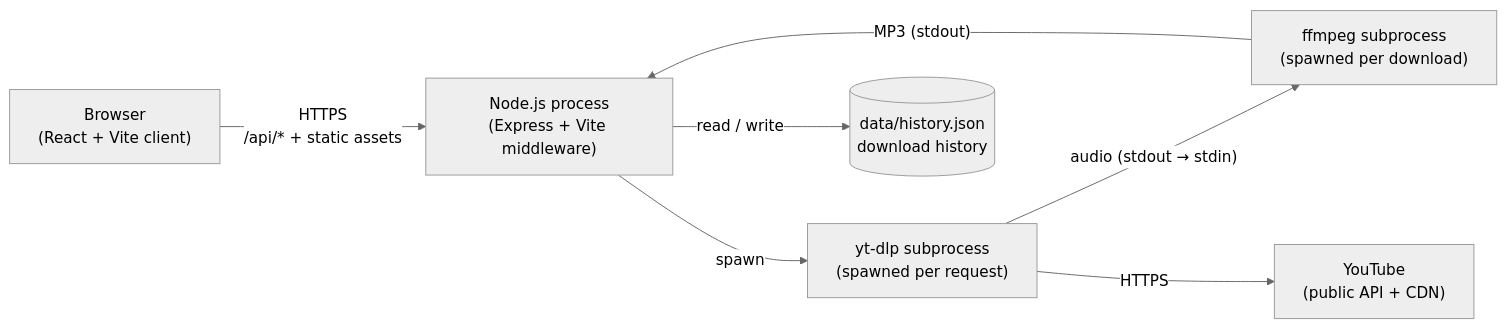
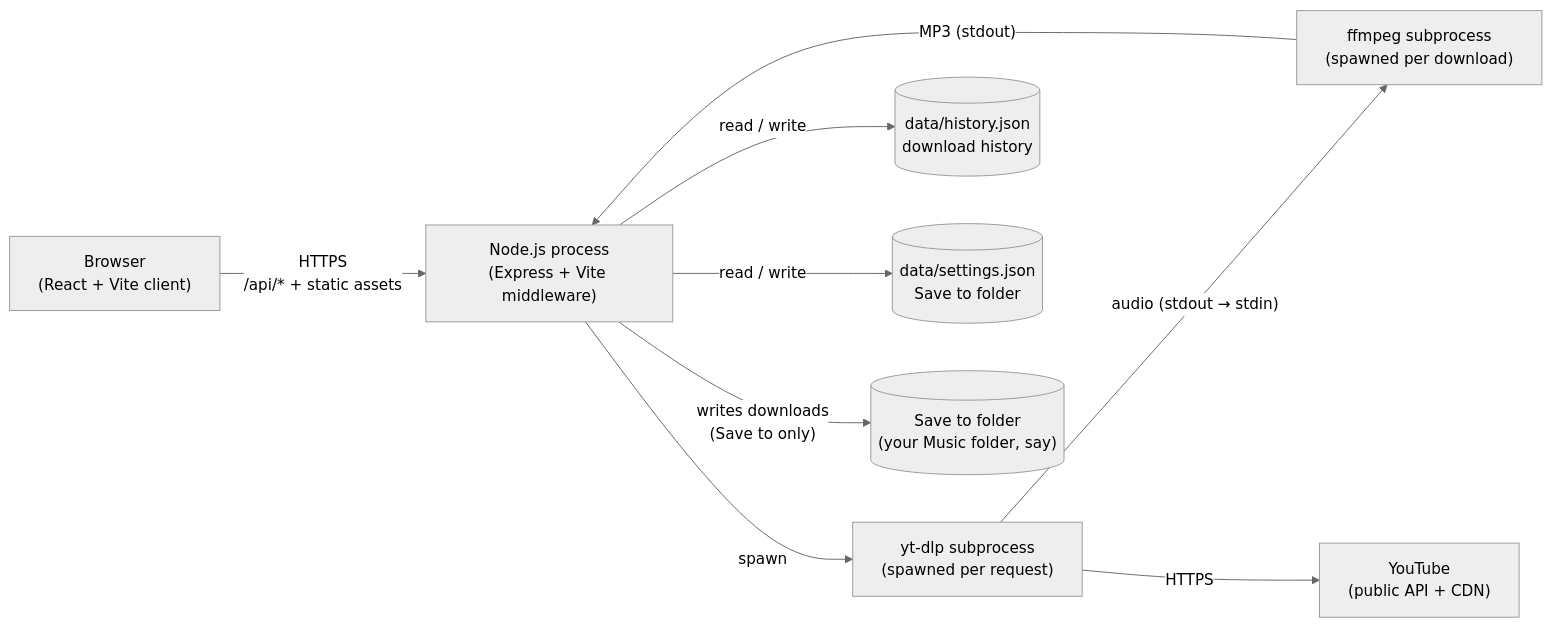
Before and after one commit to ShayanZafar/YTDownload: the first of 6 diagrams in TECHNICAL.md, drawn with Mermaid (neutral theme). The commit also changed other lines of this file and 35 other files, not shown here.

First line of the commit message:
Save to works in every browser: the app saves into the folder itself

````diff
--- a/TECHNICAL.md
+++ b/TECHNICAL.md
@@ -156,16 +172,20 @@
 ```mermaid
 flowchart LR
   Browser["Browser<br/>(React + Vite client)"]
   Node["Node.js process<br/>(Express + Vite middleware)"]
   YtDlp["yt-dlp subprocess<br/>(spawned per request)"]
   Ffmpeg["ffmpeg subprocess<br/>(spawned per download)"]
   YouTube["YouTube<br/>(public API + CDN)"]
   History[("data/history.json<br/>download history")]
+  Settings[("data/settings.json<br/>Save to folder")]
+  Folder[("Save to folder<br/>(your Music folder, say)")]
 
   Browser -- "HTTPS<br/>/api/* + static assets" --> Node
   Node -- "spawn" --> YtDlp
   YtDlp -- "audio (stdout → stdin)" --> Ffmpeg
   Ffmpeg -- "MP3 (stdout)" --> Node
   YtDlp -- "HTTPS" --> YouTube
   Node -- "read / write" --> History
+  Node -- "read / write" --> Settings
+  Node -- "writes downloads<br/>(Save to only)" --> Folder
 ```
````
